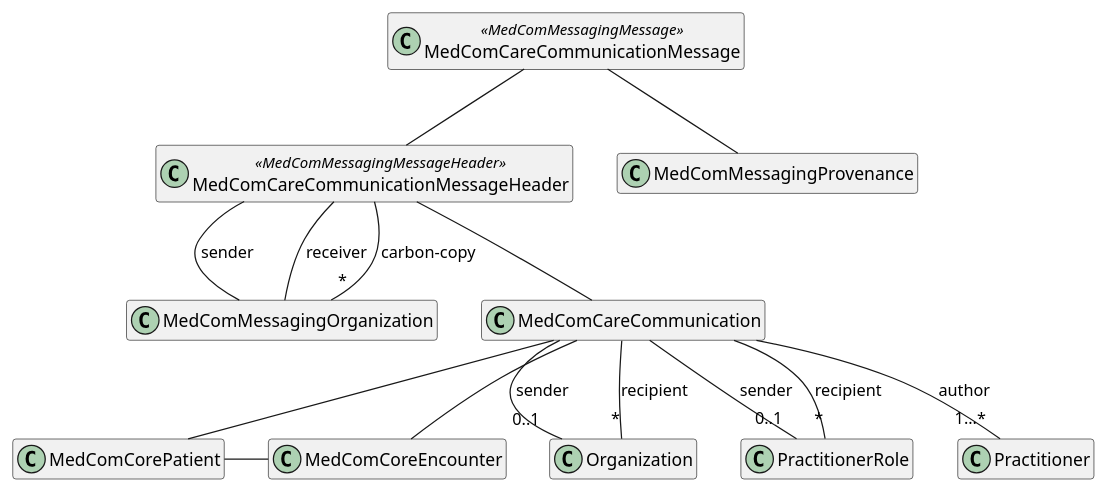
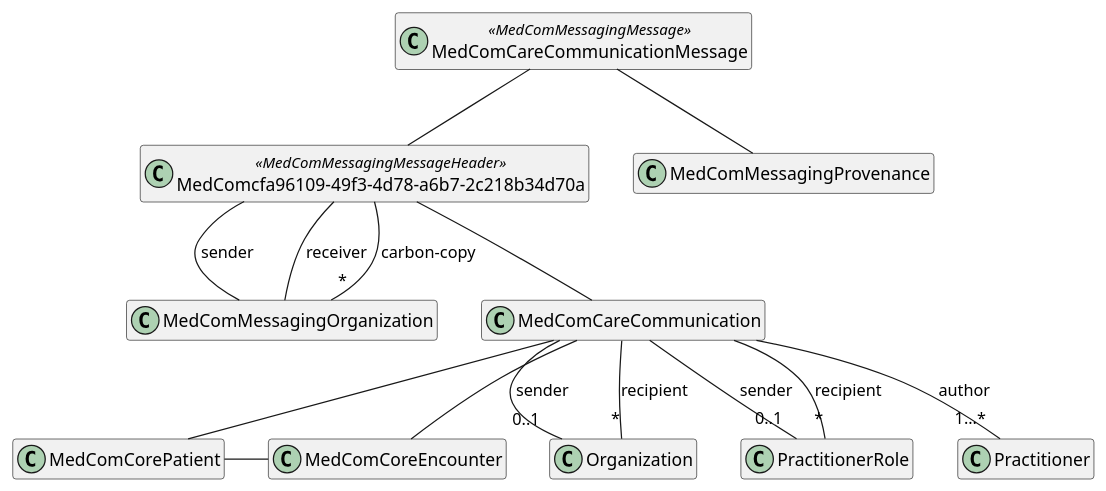
One commit to medcomdk/dk-medcom changed the diagram in puml/CareCommunication.puml. Above: the diagram before and after it, drawn with PlantUML. The commit also changed 17 other files, not shown here.

```diff
--- a/puml/CareCommunication.puml
+++ b/puml/CareCommunication.puml
@@ -1,33 +1,33 @@
 @startuml CareCommunication
 
 hide empty members
 
 class "MedComCareCommunicationMessage" as message <<MedComMessagingMessage>>
-class "MedComCareCommunicationMessageHeader" as messageHeader <<MedComMessagingMessageHeader>>
+class "MedComcfa96109-49f3-4d78-a6b7-2c218b34d70a" as messageHeader <<MedComMessagingMessageHeader>>
 class "MedComMessagingOrganization" as organization
 class "MedComCareCommunication" as communication
 class "MedComCorePatient" as patient
 class "MedComCoreEncounter" as encounter
 class "MedComMessagingProvenance" as provenance
 class "Organization" as recipientOrganization
 class "PractitionerRole" as recipientRole
 class "Practitioner" as author
 
 message -- messageHeader
 messageHeader -- communication
 message -- provenance
 
 messageHeader -- organization : "sender"
 messageHeader -- organization : "receiver"
 messageHeader --"*" organization : "carbon-copy"
 
 communication -- patient
 communication -- encounter
 communication --"0..1" recipientOrganization : "sender"
 communication --"0..1" recipientRole : "sender"
 communication --"*" recipientOrganization : "recipient"
 communication --"*" recipientRole : "recipient"
 communication --"1...*" author : "author"
 
 patient - encounter
 @enduml
```
